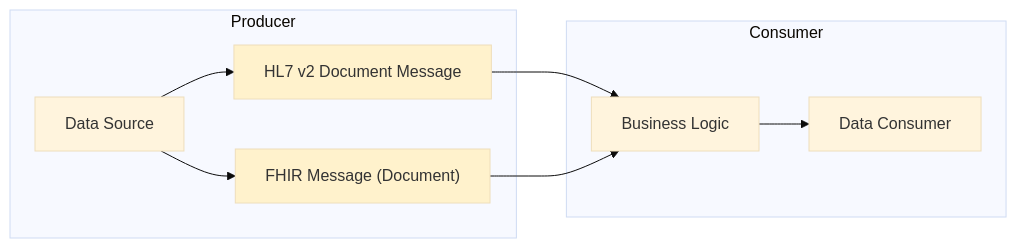
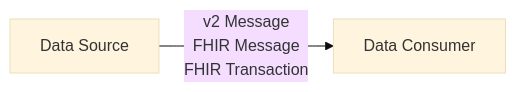
Before and after one commit to nw-gmsa/nw-gmsa.github.com: the first of 4 diagrams in input/pagecontent/exchange.md, drawn with Mermaid (base theme). The commit also changed other lines of this file, not shown here.

````diff
--- a/input/pagecontent/exchange.md
+++ b/input/pagecontent/exchange.md
@@ -228,25 +7,14 @@
 ```mermaid
 graph LR;
 
-subgraph Producer;
     s[Data Source]
-    v2D["HL7 v2 Document Message"]
-    s --> v2D
-    s --> fMessage["FHIR Message (Document)"]
  
-end 
 
-subgraph Consumer
-    B[Business Logic]
     d[Data Consumer]
-    B --> d
-end 
 
-v2D --> B
-fMessage --> B
-
+s --> |v2 Message<br/>FHIR Message<br/>FHIR Transaction| d 
 
 classDef yellow fill:#FFF2CC;
 
 class v2D,fMessage yellow
 ```
````
